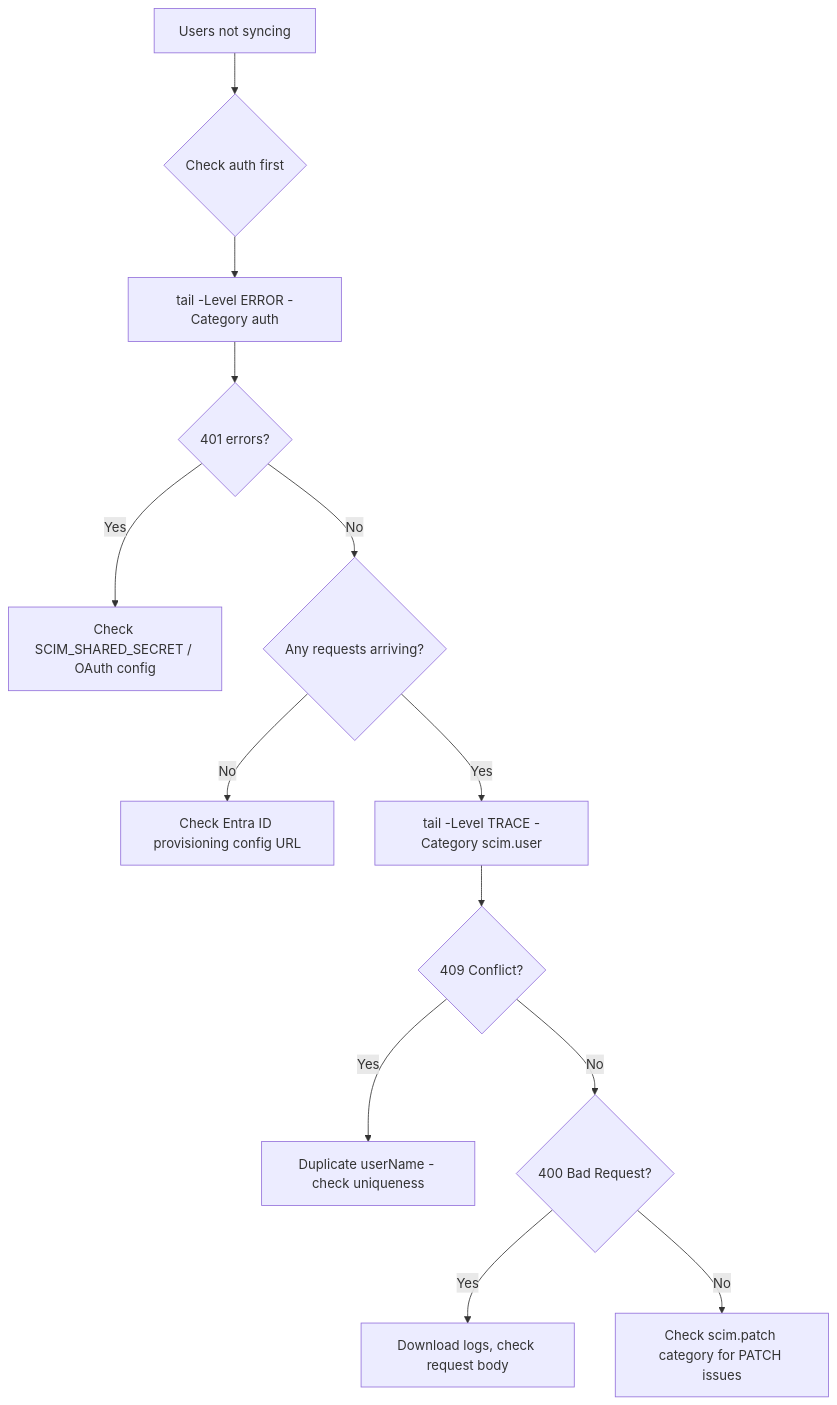
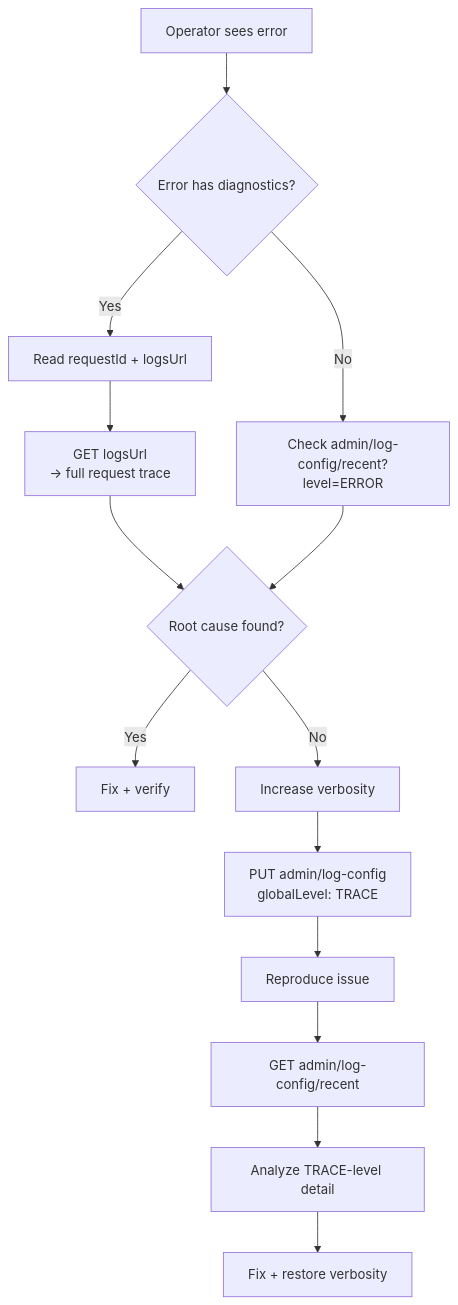
Before and after one commit to pranems/SCIMServer: the first of 2 diagrams in docs/REMOTE_DEBUGGING_AND_DIAGNOSIS.md, drawn with Mermaid. The commit also changed other lines of this file and 7 other files, not shown here.

````diff
--- a/docs/REMOTE_DEBUGGING_AND_DIAGNOSIS.md
+++ b/docs/REMOTE_DEBUGGING_AND_DIAGNOSIS.md
@@ -657,15 +602,19 @@
 ```mermaid
-graph TD
-    A[Users not syncing] --> B{Check auth first}
-    B --> C[tail -Level ERROR -Category auth]
-    C --> D{401 errors?}
-    D -->|Yes| E[Check SCIM_SHARED_SECRET / OAuth config]
-    D -->|No| F{Any requests arriving?}
-    F -->|No| G[Check Entra ID provisioning config URL]
-    F -->|Yes| H[tail -Level TRACE -Category scim.user]
-    H --> I{409 Conflict?}
-    I -->|Yes| J[Duplicate userName - check uniqueness]
-    I -->|No| K{400 Bad Request?}
-    K -->|Yes| L[Download logs, check request body]
-    K -->|No| M[Check scim.patch category for PATCH issues]
+flowchart TD
+    A[Operator sees error] --> B{Error has diagnostics?}
+    B -->|Yes| C[Read requestId + logsUrl]
+    B -->|No| D[Check admin/log-config/recent?level=ERROR]
+
+    C --> E[GET logsUrl<br/>→ full request trace]
+    E --> F{Root cause found?}
+    F -->|Yes| G[Fix + verify]
+    F -->|No| H[Increase verbosity]
+
+    D --> F
+
+    H --> I[PUT admin/log-config<br/>globalLevel: TRACE]
+    I --> J[Reproduce issue]
+    J --> K[GET admin/log-config/recent]
+    K --> L[Analyze TRACE-level detail]
+    L --> M[Fix + restore verbosity]
 ```
````
